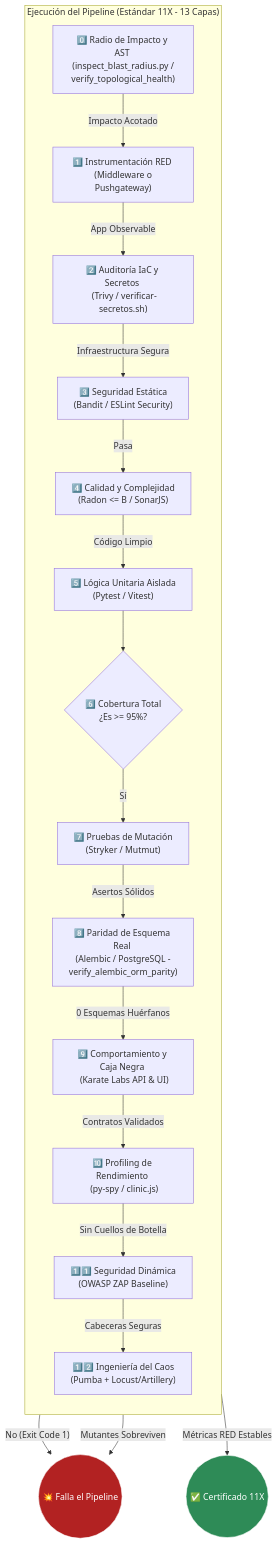
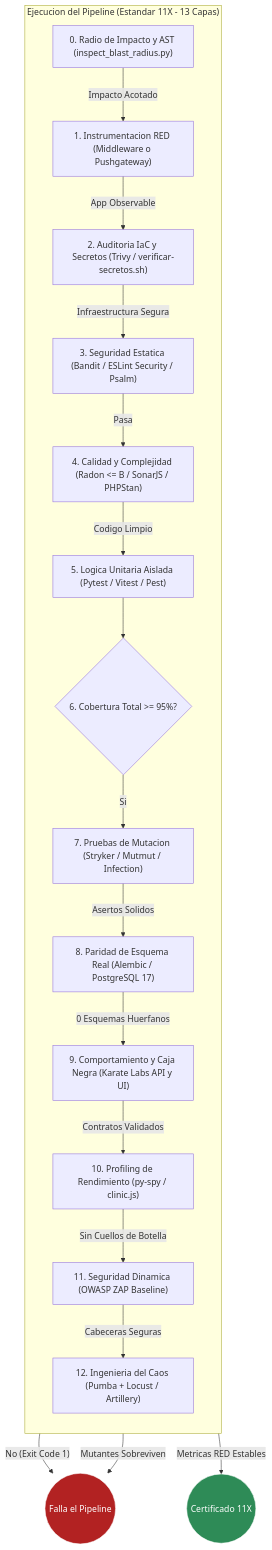
Before and after one commit to tecno-consultores/qa-testing-blueprints: the third of 3 diagrams in docs/ARCHITECTURE_C4.md, drawn with Mermaid. The commit also changed other lines of this file and 31 other files, not shown here.

Commit message:
docs(11x): restaurar matriz de herramientas, actualizar tags Docker Hub y corregir diagramas Mermaid

````diff
--- a/docs/ARCHITECTURE_C4.md
+++ b/docs/ARCHITECTURE_C4.md
@@ -116,42 +112,41 @@
 ```mermaid
-graph TD
-    subgraph "Ejecución del Pipeline (Estándar 11X - 13 Capas)"
+flowchart TD
+    subgraph Pipeline11X["Ejecucion del Pipeline (Estandar 11X - 13 Capas)"]
         direction TB
-        
-        Blast["0️⃣ Radio de Impacto y AST \n (inspect_blast_radius.py / verify_topological_health)"]
-        Obs["1️⃣ Instrumentación RED \n (Middleware o Pushgateway)"]
-        IaC["2️⃣ Auditoría IaC y Secretos \n (Trivy / verificar-secretos.sh)"]
-        SAST["3️⃣ Seguridad Estática \n (Bandit / ESLint Security)"]
-        Static["4️⃣ Calidad y Complejidad \n (Radon <= B / SonarJS)"]
-        Unit["5️⃣ Lógica Unitaria Aislada \n (Pytest / Vitest)"]
-        Coverage{"6️⃣ Cobertura Total \n ¿Es >= 95%?"}
-        Mutation["7️⃣ Pruebas de Mutación \n (Stryker / Mutmut)"]
-        Parity["8️⃣ Paridad de Esquema Real \n (Alembic / PostgreSQL - verify_alembic_orm_parity)"]
-        BDD["9️⃣ Comportamiento y Caja Negra \n (Karate Labs API & UI)"]
-        Performance["🔟 Profiling de Rendimiento \n (py-spy / clinic.js)"]
-        DAST["1️⃣1️⃣ Seguridad Dinámica \n (OWASP ZAP Baseline)"]
-        Chaos["1️⃣2️⃣ Ingeniería del Caos \n (Pumba + Locust/Artillery)"]
+
+        Blast["0. Radio de Impacto y AST (inspect_blast_radius.py)"]
+        Obs["1. Instrumentacion RED (Middleware o Pushgateway)"]
+        IaC["2. Auditoria IaC y Secretos (Trivy / verificar-secretos.sh)"]
+        SAST["3. Seguridad Estatica (Bandit / ESLint Security / Psalm)"]
+        Static["4. Calidad y Complejidad (Radon <= B / SonarJS / PHPStan)"]
+        Unit["5. Logica Unitaria Aislada (Pytest / Vitest / Pest)"]
+        Coverage{"6. Cobertura Total >= 95%?"}
+        Mutation["7. Pruebas de Mutacion (Stryker / Mutmut / Infection)"]
+        Parity["8. Paridad de Esquema Real (Alembic / PostgreSQL 17)"]
+        BDD["9. Comportamiento y Caja Negra (Karate Labs API y UI)"]
+        Performance["10. Profiling de Rendimiento (py-spy / clinic.js)"]
+        DAST["11. Seguridad Dinamica (OWASP ZAP Baseline)"]
+        Chaos["12. Ingenieria del Caos (Pumba + Locust / Artillery)"]
     end
 
-    %% Enlaces lógicos
-    Blast -- "Impacto Acotado" --> Obs
-    Obs -- "App Observable" --> IaC
-    IaC -- "Infraestructura Segura" --> SAST
-    SAST -- "Pasa" --> Static
-    Static -- "Código Limpio" --> Unit
+    Blast -->|"Impacto Acotado"| Obs
+    Obs -->|"App Observable"| IaC
+    IaC -->|"Infraestructura Segura"| SAST
+    SAST -->|"Pasa"| Static
+    Static -->|"Codigo Limpio"| Unit
     Unit --> Coverage
-    Coverage -- "Sí" --> Mutation
-    Coverage -- "No (Exit Code 1)" --> FallaPipeline(("💥 Falla el Pipeline"))
-    Mutation -- "Mutantes Sobreviven" --> FallaPipeline
-    Mutation -- "Asertos Sólidos" --> Parity
-    Parity -- "0 Esquemas Huérfanos" --> BDD
-    BDD -- "Contratos Validados" --> Performance
-    Performance -- "Sin Cuellos de Botella" --> DAST
-    DAST -- "Cabeceras Seguras" --> Chaos
-    Chaos -- "Métricas RED Estables" --> Exito(("✅ Certificado 11X"))
+    Coverage -->|"Si"| Mutation
+    Coverage -->|"No (Exit Code 1)"| FallaPipeline(("Falla el Pipeline"))
+    Mutation -->|"Mutantes Sobreviven"| FallaPipeline
+    Mutation -->|"Asertos Solidos"| Parity
+    Parity -->|"0 Esquemas Huerfanos"| BDD
+    BDD -->|"Contratos Validados"| Performance
+    Performance -->|"Sin Cuellos de Botella"| DAST
+    DAST -->|"Cabeceras Seguras"| Chaos
+    Chaos -->|"Metricas RED Estables"| Exito(("Certificado 11X"))
 
     classDef pass fill:#2e8b57,stroke:#fff,color:#fff;
     classDef fail fill:#b22222,stroke:#fff,color:#fff;
     class Exito pass;
     class FallaPipeline fail;
 ```
````
